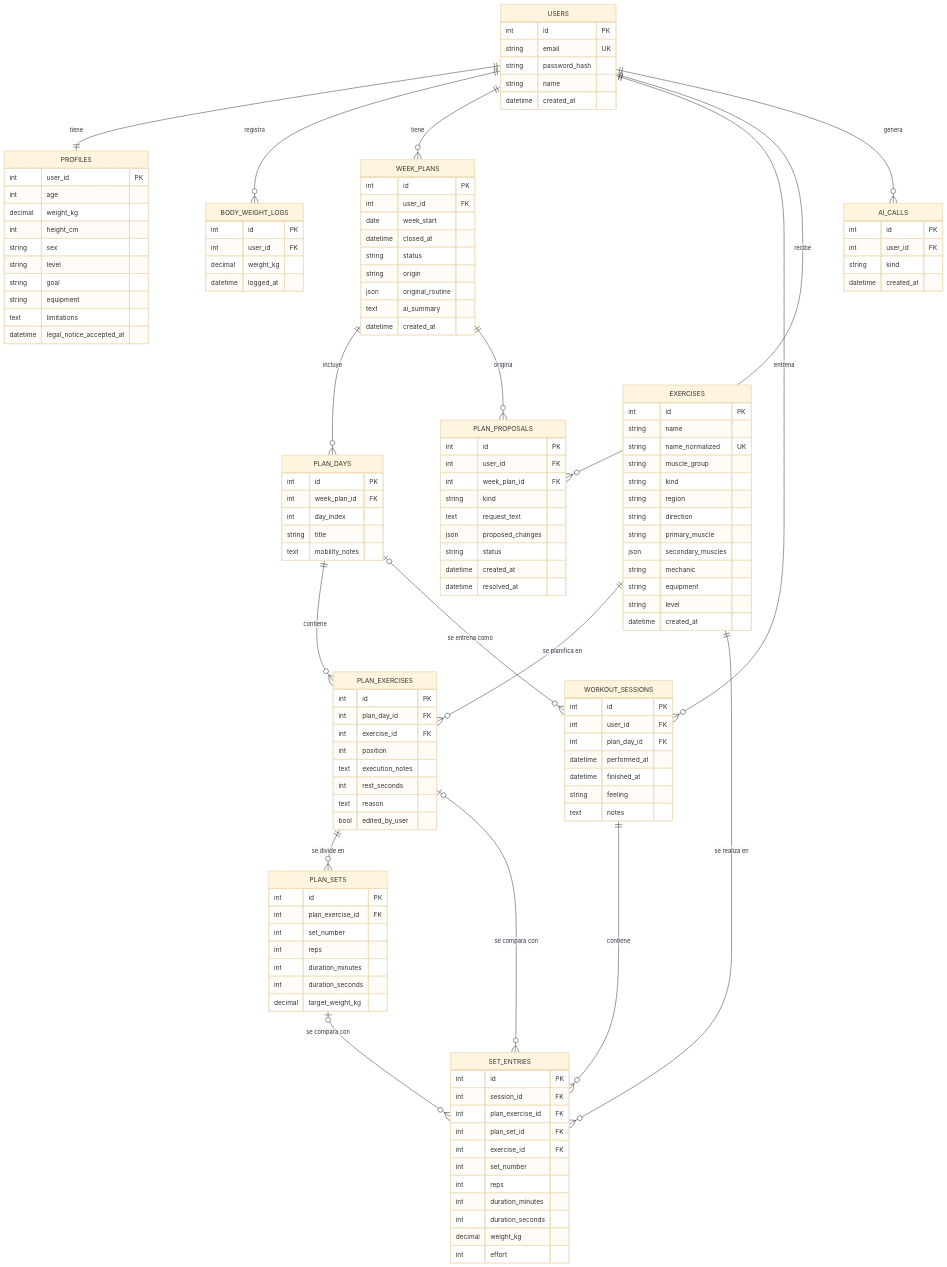
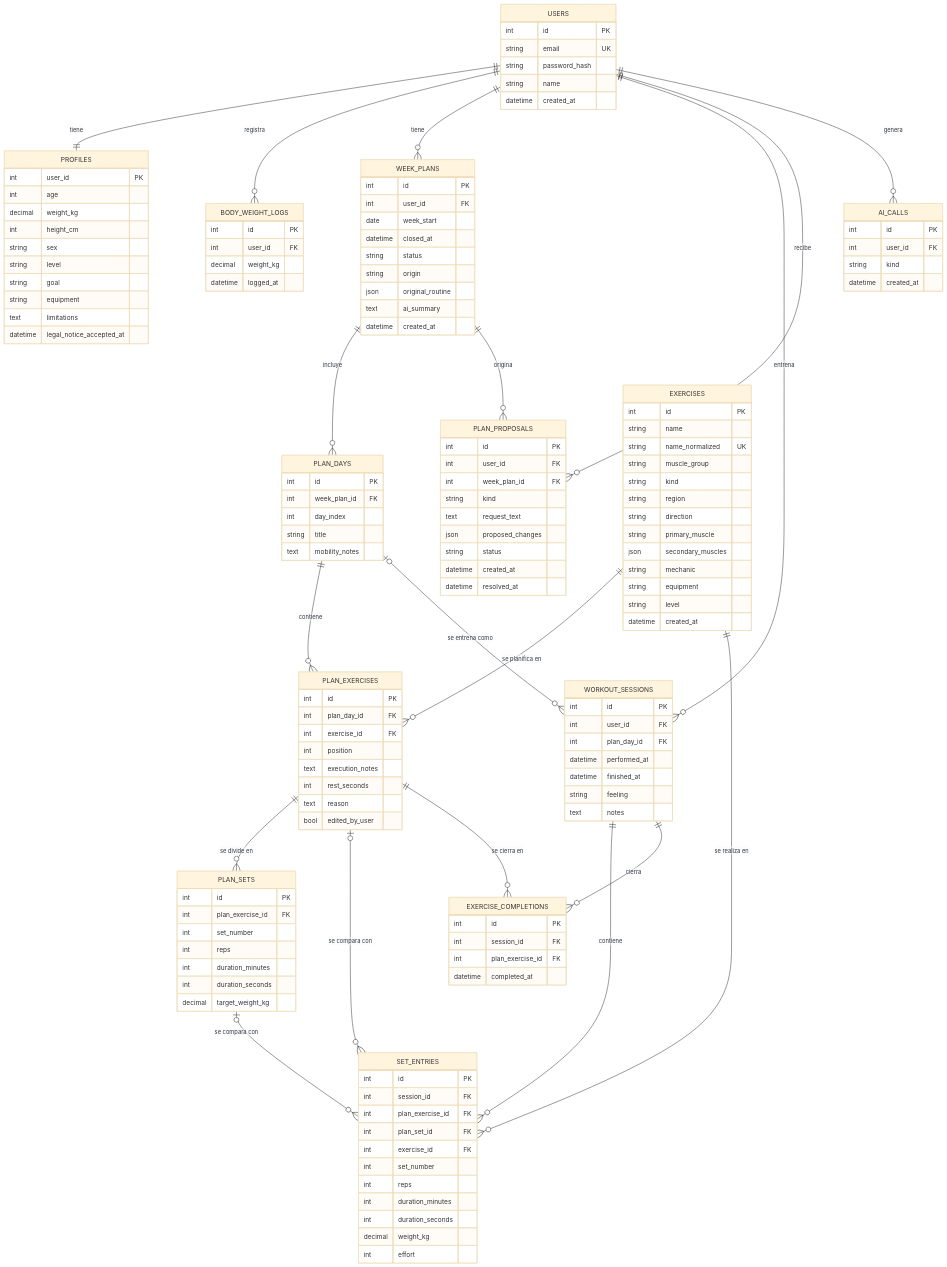
One commit to Chogarn/Spotter changed the diagram in docs/modelo-datos.md. Above: the diagram before and after it, drawn with Mermaid (base theme). The commit also changed other lines of this file and 3 other files, not shown here.

First line of the commit message:
Documentación: serie hecha, ejercicio cerrado y reabrir, tabla exercise_completions y decisión 33

```diff
--- a/docs/modelo-datos.md
+++ b/docs/modelo-datos.md
@@ -40,6 +41,8 @@
     PLAN_DAYS |o--o{ WORKOUT_SESSIONS : "se entrena como"
     WORKOUT_SESSIONS ||--o{ SET_ENTRIES : contiene
     PLAN_EXERCISES |o--o{ SET_ENTRIES : "se compara con"
+    WORKOUT_SESSIONS ||--o{ EXERCISE_COMPLETIONS : cierra
+    PLAN_EXERCISES ||--o{ EXERCISE_COMPLETIONS : "se cierra en"
 
     USERS {
         int id PK
@@ -140,6 +143,12 @@
         decimal weight_kg
         int effort
     }
+    EXERCISE_COMPLETIONS {
+        int id PK
+        int session_id FK
+        int plan_exercise_id FK
+        datetime completed_at
+    }
     PLAN_PROPOSALS {
         int id PK
         int user_id FK
```
